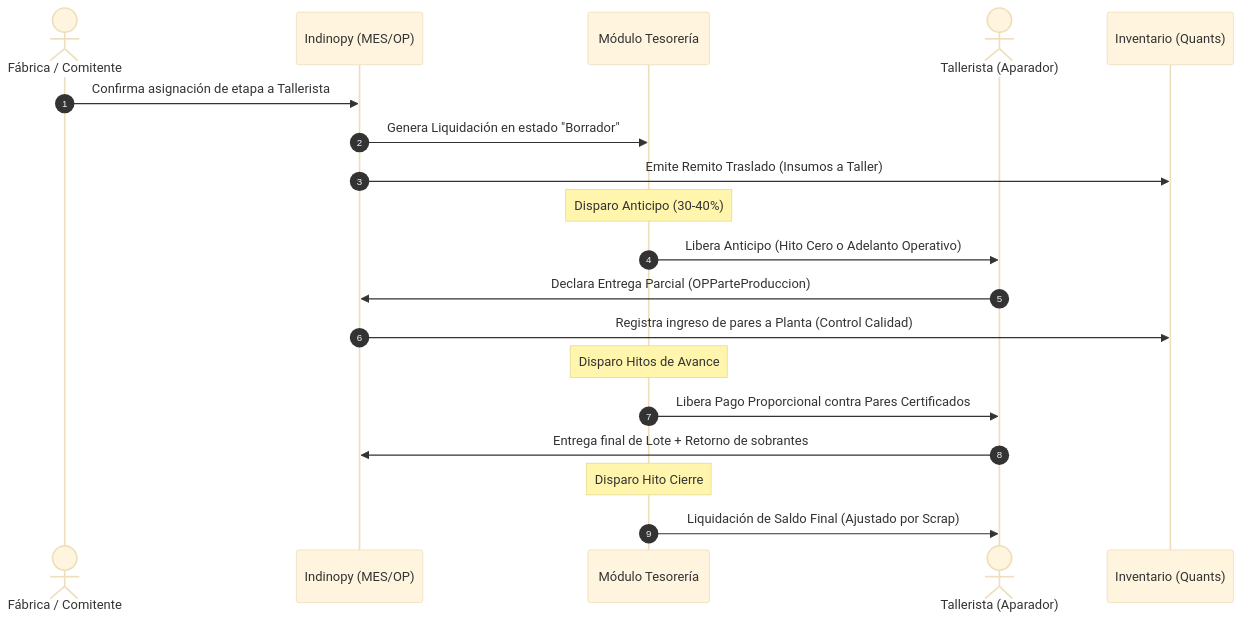
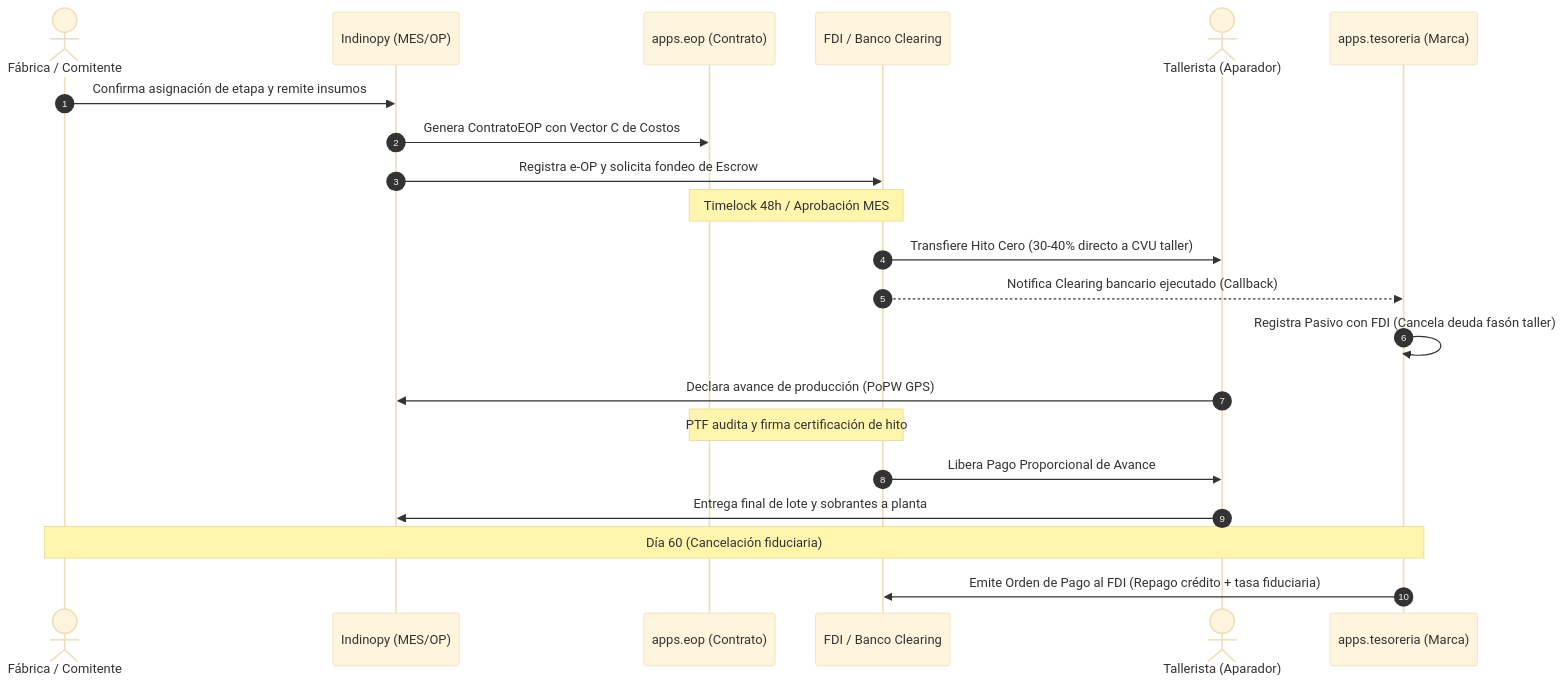
The second of 2 diagrams in docs/md/analisis_fimca_implementacion.md (sarthouse/indinopy), drawn with Mermaid (base theme) before and after one commit. The commit also changed other lines of this file and 6 other files, not shown here.

````diff
--- a/docs/md/analisis_fimca_implementacion.md
+++ b/docs/md/analisis_fimca_implementacion.md
@@ -182,22 +166,24 @@
 ```mermaid
 sequenceDiagram
     autonumber
     actor Adm as Fábrica / Comitente
     participant OP as Indinopy (MES/OP)
-    participant Tes as Módulo Tesorería
+    participant EOP as apps.eop (Contrato)
+    participant FDI as FDI / Banco Clearing
     actor Tal as Tallerista (Aparador)
-    participant Inv as Inventario (Quants)
+    participant Tes as apps.tesoreria (Marca)
 
-    Adm->>OP: Confirma asignación de etapa a Tallerista
-    OP->>Tes: Genera Liquidación en estado "Borrador"
-    OP->>Inv: Emite Remito Traslado (Insumos a Taller)
-    Note over Tes: Disparo Anticipo (30-40%)
-    Tes->>Tal: Libera Anticipo (Hito Cero o Adelanto Operativo)
-    Tal->>OP: Declara Entrega Parcial (OPParteProduccion)
-    OP->>Inv: Registra ingreso de pares a Planta (Control Calidad)
-    Note over Tes: Disparo Hitos de Avance
-    Tes->>Tal: Libera Pago Proporcional contra Pares Certificados
-    Tal->>OP: Entrega final de Lote + Retorno de sobrantes
-    Note over Tes: Disparo Hito Cierre
-    Tes->>Tal: Liquidación de Saldo Final (Ajustado por Scrap)
+    Adm->>OP: Confirma asignación de etapa y remite insumos
+    OP->>EOP: Genera ContratoEOP con Vector C de Costos
+    OP->>FDI: Registra e-OP y solicita fondeo de Escrow
+    Note over EOP,FDI: Timelock 48h / Aprobación MES
+    FDI->>Tal: Transfiere Hito Cero (30-40% directo a CVU taller)
+    FDI-->>Tes: Notifica Clearing bancario ejecutado (Callback)
+    Tes->>Tes: Registra Pasivo con FDI (Cancela deuda fasón taller)
+    Tal->>OP: Declara avance de producción (PoPW GPS)
+    Note over EOP,FDI: PTF audita y firma certificación de hito
+    FDI->>Tal: Libera Pago Proporcional de Avance
+    Tal->>OP: Entrega final de lote y sobrantes a planta
+    Note over Adm,Tes: Día 60 (Cancelación fiduciaria)
+    Tes->>FDI: Emite Orden de Pago al FDI (Repago crédito + tasa fiduciaria)
 ```
````
